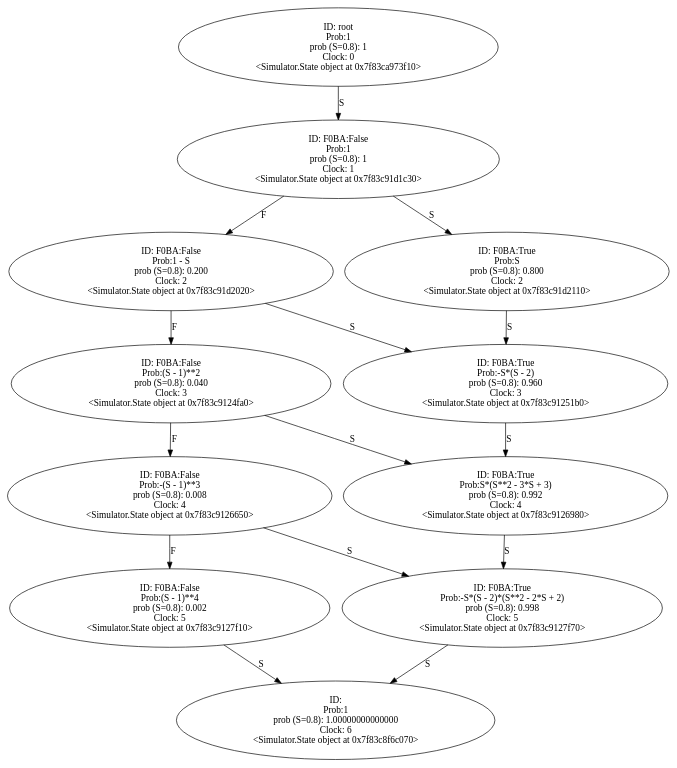
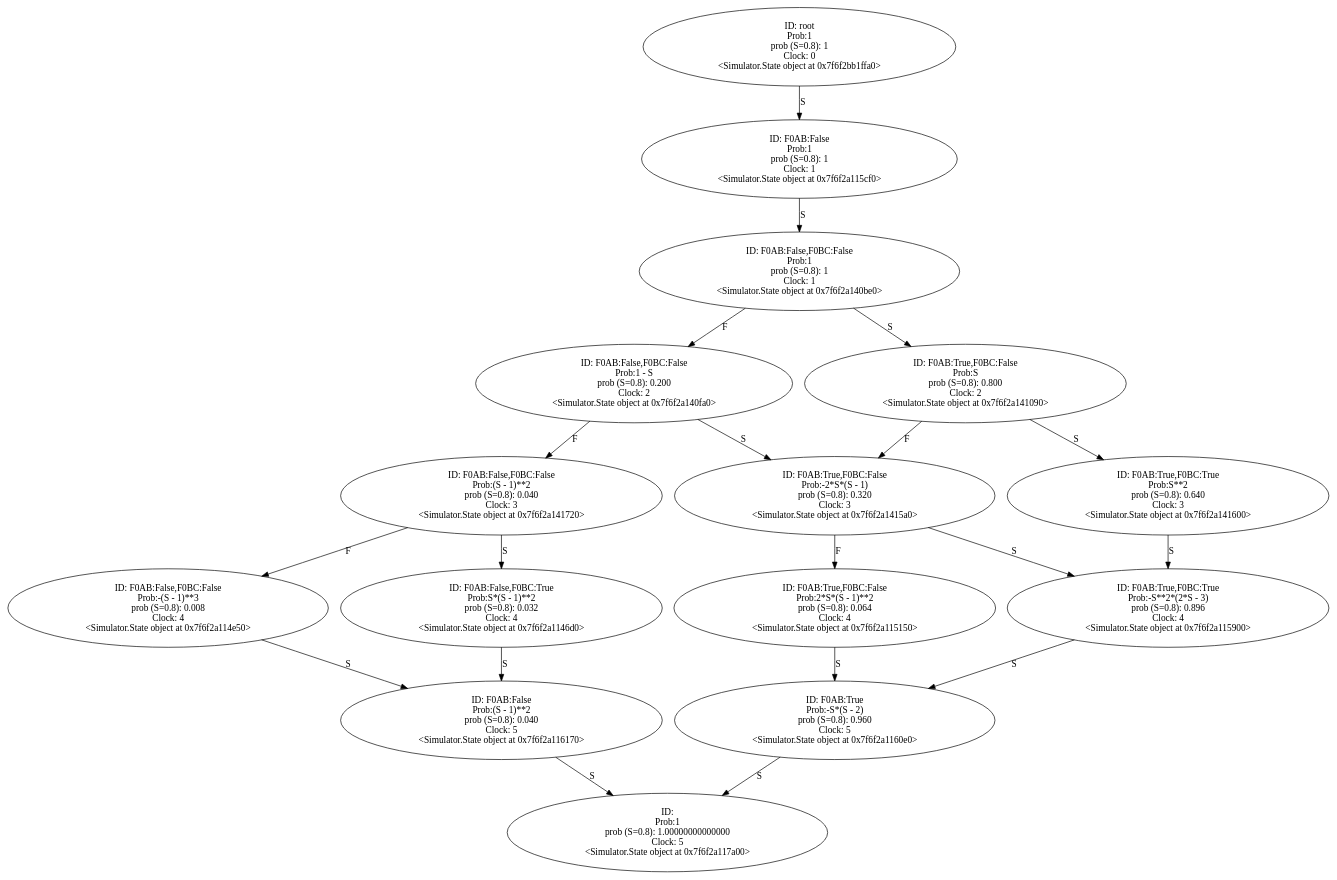
One commit to YasinBoloorchi/WARP-Simulator changed the diagram in Output/Digraph.gv. Above: the diagram before and after it, drawn with Graphviz. The commit also changed 12 other files, not shown here.

```diff
--- a/Output/Digraph.gv
+++ b/Output/Digraph.gv
@@ -1,71 +1,96 @@
 digraph "./Output/Digraph" {
-	<Simulator.State object at 0x7f83ca973f10> [label="ID: root
+	<Simulator.State object at 0x7f6f2bb1ffa0> [label="ID: root
 Prob:1
 prob (S=0.8): 1
 Clock: 0
-<Simulator.State object at 0x7f83ca973f10>"]
-	<Simulator.State object at 0x7f83ca973f10> -> <Simulator.State object at 0x7f83c91d1c30> [label=S]
-	<Simulator.State object at 0x7f83c91d1c30> [label="ID: F0BA:False
+<Simulator.State object at 0x7f6f2bb1ffa0>"]
+	<Simulator.State object at 0x7f6f2bb1ffa0> -> <Simulator.State object at 0x7f6f2a115cf0> [label=S]
+	<Simulator.State object at 0x7f6f2a115cf0> [label="ID: F0AB:False
 Prob:1
 prob (S=0.8): 1
 Clock: 1
-<Simulator.State object at 0x7f83c91d1c30>"]
-	<Simulator.State object at 0x7f83c91d1c30> -> <Simulator.State object at 0x7f83c91d2020> [label=F]
-	<Simulator.State object at 0x7f83c91d1c30> -> <Simulator.State object at 0x7f83c91d2110> [label=S]
-	<Simulator.State object at 0x7f83c91d2020> [label="ID: F0BA:False
+<Simulator.State object at 0x7f6f2a115cf0>"]
+	<Simulator.State object at 0x7f6f2a115cf0> -> <Simulator.State object at 0x7f6f2a140be0> [label=S]
+	<Simulator.State object at 0x7f6f2a140be0> [label="ID: F0AB:False,F0BC:False
+Prob:1
+prob (S=0.8): 1
+Clock: 1
+<Simulator.State object at 0x7f6f2a140be0>"]
+	<Simulator.State object at 0x7f6f2a140be0> -> <Simulator.State object at 0x7f6f2a140fa0> [label=F]
+	<Simulator.State object at 0x7f6f2a140be0> -> <Simulator.State object at 0x7f6f2a141090> [label=S]
+	<Simulator.State object at 0x7f6f2a140fa0> [label="ID: F0AB:False,F0BC:False
 Prob:1 - S
 prob (S=0.8): 0.200
 Clock: 2
-<Simulator.State object at 0x7f83c91d2020>"]
-	<Simulator.State object at 0x7f83c91d2020> -> <Simulator.State object at 0x7f83c9124fa0> [label=F]
-	<Simulator.State object at 0x7f83c91d2020> -> <Simulator.State object at 0x7f83c91251b0> [label=S]
-	<Simulator.State object at 0x7f83c91d2110> [label="ID: F0BA:True
+<Simulator.State object at 0x7f6f2a140fa0>"]
+	<Simulator.State object at 0x7f6f2a140fa0> -> <Simulator.State object at 0x7f6f2a141720> [label=F]
+	<Simulator.State object at 0x7f6f2a140fa0> -> <Simulator.State object at 0x7f6f2a1415a0> [label=S]
+	<Simulator.State object at 0x7f6f2a141090> [label="ID: F0AB:True,F0BC:False
 Prob:S
 prob (S=0.8): 0.800
 Clock: 2
-<Simulator.State object at 0x7f83c91d2110>"]
-	<Simulator.State object at 0x7f83c91d2110> -> <Simulator.State object at 0x7f83c91251b0> [label=S]
-	<Simulator.State object at 0x7f83c9124fa0> [label="ID: F0BA:False
+<Simulator.State object at 0x7f6f2a141090>"]
+	<Simulator.State object at 0x7f6f2a141090> -> <Simulator.State object at 0x7f6f2a1415a0> [label=F]
+	<Simulator.State object at 0x7f6f2a141090> -> <Simulator.State object at 0x7f6f2a141600> [label=S]
+	<Simulator.State object at 0x7f6f2a141720> [label="ID: F0AB:False,F0BC:False
 Prob:(S - 1)**2
 prob (S=0.8): 0.040
 Clock: 3
-<Simulator.State object at 0x7f83c9124fa0>"]
-	<Simulator.State object at 0x7f83c9124fa0> -> <Simulator.State object at 0x7f83c9126650> [label=F]
-	<Simulator.State object at 0x7f83c9124fa0> -> <Simulator.State object at 0x7f83c9126980> [label=S]
-	<Simulator.State object at 0x7f83c91251b0> [label="ID: F0BA:True
-Prob:-S*(S - 2)
-prob (S=0.8): 0.960
+<Simulator.State object at 0x7f6f2a141720>"]
+	<Simulator.State object at 0x7f6f2a141720> -> <Simulator.State object at 0x7f6f2a114e50> [label=F]
+	<Simulator.State object at 0x7f6f2a141720> -> <Simulator.State object at 0x7f6f2a1146d0> [label=S]
+	<Simulator.State object at 0x7f6f2a1415a0> [label="ID: F0AB:True,F0BC:False
+Prob:-2*S*(S - 1)
+prob (S=0.8): 0.320
 Clock: 3
-<Simulator.State object at 0x7f83c91251b0>"]
-	<Simulator.State object at 0x7f83c91251b0> -> <Simulator.State object at 0x7f83c9126980> [label=S]
-	<Simulator.State object at 0x7f83c9126650> [label="ID: F0BA:False
+<Simulator.State object at 0x7f6f2a1415a0>"]
+	<Simulator.State object at 0x7f6f2a1415a0> -> <Simulator.State object at 0x7f6f2a115150> [label=F]
+	<Simulator.State object at 0x7f6f2a1415a0> -> <Simulator.State object at 0x7f6f2a115900> [label=S]
+	<Simulator.State object at 0x7f6f2a141600> [label="ID: F0AB:True,F0BC:True
+Prob:S**2
+prob (S=0.8): 0.640
+Clock: 3
+<Simulator.State object at 0x7f6f2a141600>"]
+	<Simulator.State object at 0x7f6f2a141600> -> <Simulator.State object at 0x7f6f2a115900> [label=S]
+	<Simulator.State object at 0x7f6f2a114e50> [label="ID: F0AB:False,F0BC:False
 Prob:-(S - 1)**3
 prob (S=0.8): 0.008
 Clock: 4
-<Simulator.State object at 0x7f83c9126650>"]
-	<Simulator.State object at 0x7f83c9126650> -> <Simulator.State object at 0x7f83c9127f10> [label=F]
-	<Simulator.State object at 0x7f83c9126650> -> <Simulator.State object at 0x7f83c9127f70> [label=S]
-	<Simulator.State object at 0x7f83c9126980> [label="ID: F0BA:True
-Prob:S*(S**2 - 3*S + 3)
-prob (S=0.8): 0.992
+<Simulator.State object at 0x7f6f2a114e50>"]
+	<Simulator.State object at 0x7f6f2a114e50> -> <Simulator.State object at 0x7f6f2a116170> [label=S]
+	<Simulator.State object at 0x7f6f2a1146d0> [label="ID: F0AB:False,F0BC:True
+Prob:S*(S - 1)**2
+prob (S=0.8): 0.032
 Clock: 4
-<Simulator.State object at 0x7f83c9126980>"]
-	<Simulator.State object at 0x7f83c9126980> -> <Simulator.State object at 0x7f83c9127f70> [label=S]
-	<Simulator.State object at 0x7f83c9127f10> [label="ID: F0BA:False
-Prob:(S - 1)**4
-prob (S=0.8): 0.002
+<Simulator.State object at 0x7f6f2a1146d0>"]
+	<Simulator.State object at 0x7f6f2a1146d0> -> <Simulator.State object at 0x7f6f2a116170> [label=S]
+	<Simulator.State object at 0x7f6f2a115150> [label="ID: F0AB:True,F0BC:False
+Prob:2*S*(S - 1)**2
+prob (S=0.8): 0.064
+Clock: 4
+<Simulator.State object at 0x7f6f2a115150>"]
+	<Simulator.State object at 0x7f6f2a115150> -> <Simulator.State object at 0x7f6f2a1160e0> [label=S]
+	<Simulator.State object at 0x7f6f2a115900> [label="ID: F0AB:True,F0BC:True
+Prob:-S**2*(2*S - 3)
+prob (S=0.8): 0.896
+Clock: 4
+<Simulator.State object at 0x7f6f2a115900>"]
+	<Simulator.State object at 0x7f6f2a115900> -> <Simulator.State object at 0x7f6f2a1160e0> [label=S]
+	<Simulator.State object at 0x7f6f2a116170> [label="ID: F0AB:False
+Prob:(S - 1)**2
+prob (S=0.8): 0.040
 Clock: 5
-<Simulator.State object at 0x7f83c9127f10>"]
-	<Simulator.State object at 0x7f83c9127f10> -> <Simulator.State object at 0x7f83c8f6c070> [label=S]
-	<Simulator.State object at 0x7f83c9127f70> [label="ID: F0BA:True
-Prob:-S*(S - 2)*(S**2 - 2*S + 2)
-prob (S=0.8): 0.998
+<Simulator.State object at 0x7f6f2a116170>"]
+	<Simulator.State object at 0x7f6f2a116170> -> <Simulator.State object at 0x7f6f2a117a00> [label=S]
+	<Simulator.State object at 0x7f6f2a1160e0> [label="ID: F0AB:True
+Prob:-S*(S - 2)
+prob (S=0.8): 0.960
 Clock: 5
-<Simulator.State object at 0x7f83c9127f70>"]
-	<Simulator.State object at 0x7f83c9127f70> -> <Simulator.State object at 0x7f83c8f6c070> [label=S]
-	<Simulator.State object at 0x7f83c8f6c070> [label="ID: 
+<Simulator.State object at 0x7f6f2a1160e0>"]
+	<Simulator.State object at 0x7f6f2a1160e0> -> <Simulator.State object at 0x7f6f2a117a00> [label=S]
+	<Simulator.State object at 0x7f6f2a117a00> [label="ID: 
 Prob:1
 prob (S=0.8): 1.00000000000000
-Clock: 6
-<Simulator.State object at 0x7f83c8f6c070>"]
+Clock: 5
+<Simulator.State object at 0x7f6f2a117a00>"]
 }
```
